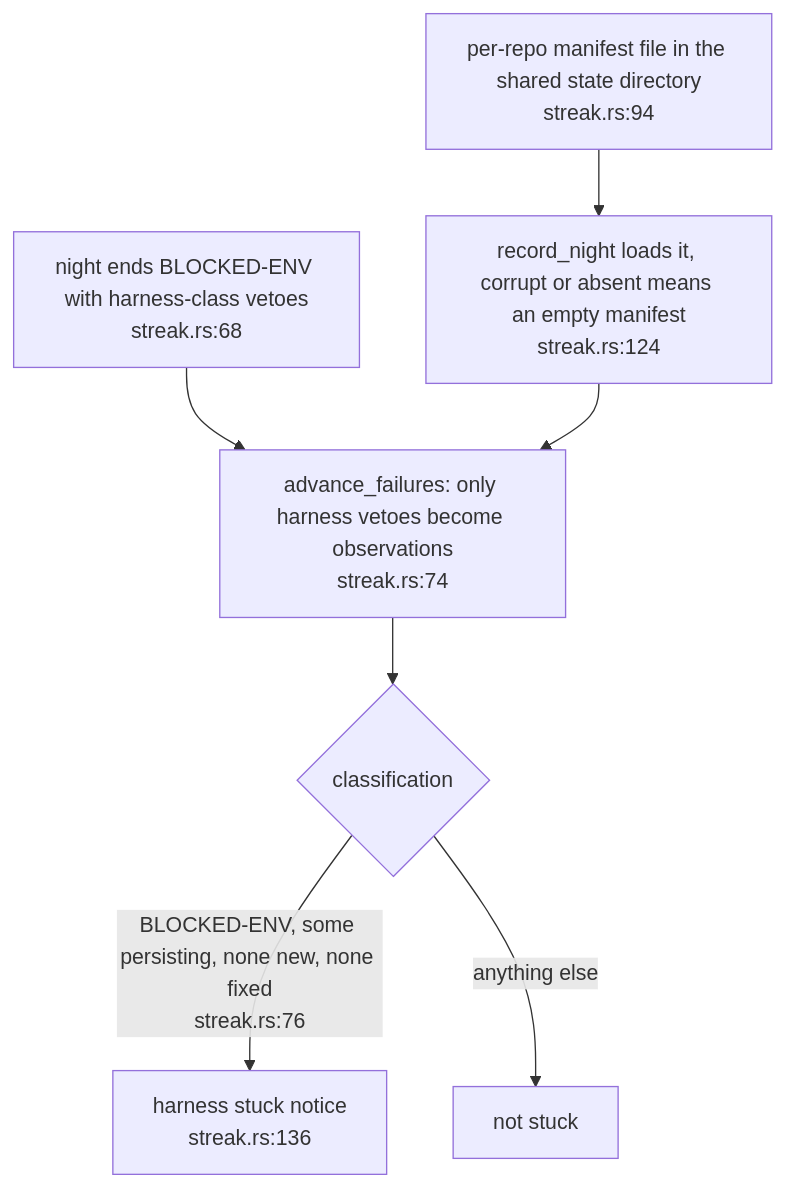
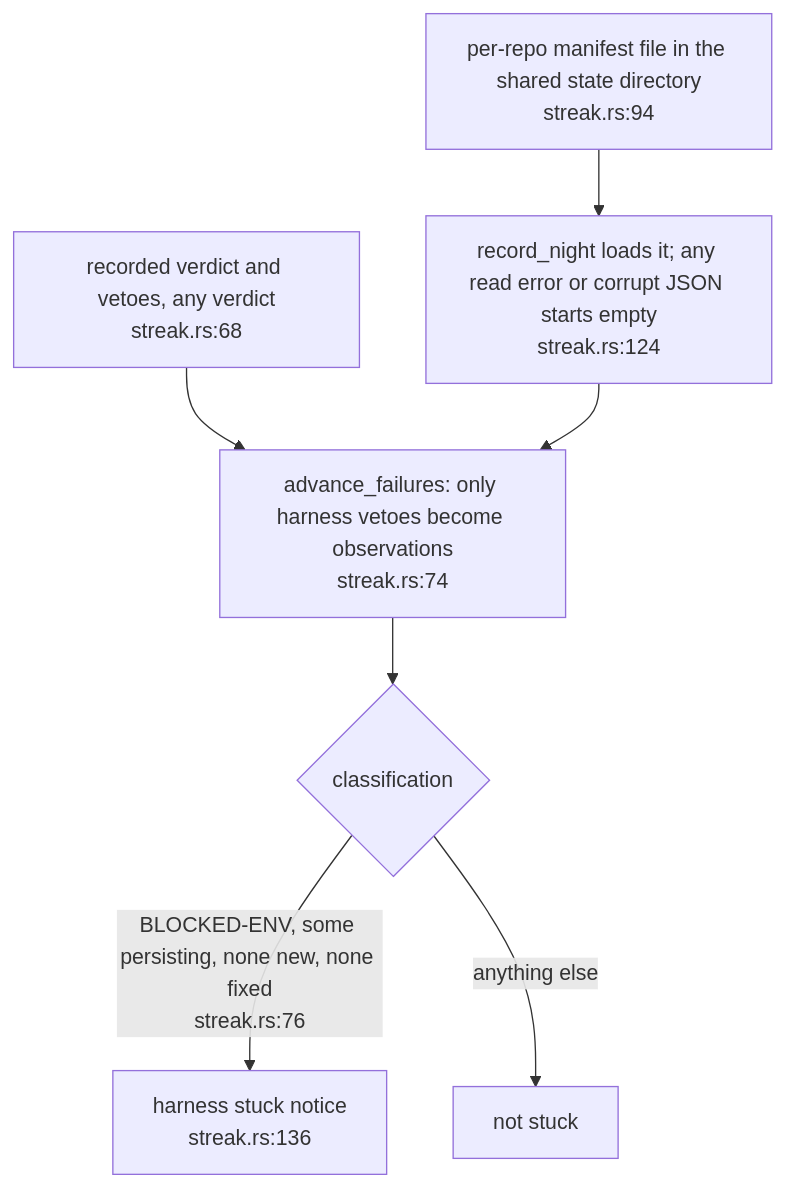
One commit to DreamLab-AI/dream-engine changed the fourth of 4 diagrams in docs/diagrams/selection/02-failure-fingerprint-lifecycle.md. Above: the diagram before and after it, drawn with Mermaid. The commit also changed other lines of this file and 11 other files, not shown here.

Commit message:
docs: reconcile all dream-engine diagrams with current source contracts

````diff
--- a/docs/diagrams/selection/02-failure-fingerprint-lifecycle.md
+++ b/docs/diagrams/selection/02-failure-fingerprint-lifecycle.md
@@ -109,9 +104,9 @@
 ```mermaid
 flowchart TB
-    N["night ends BLOCKED-ENV with harness-class vetoes<br/>streak.rs:68"] --> A["advance_failures: only harness vetoes become observations<br/>streak.rs:74"]
-    L["per-repo manifest file in the shared state directory<br/>streak.rs:94"] --> R["record_night loads it, corrupt or absent means an empty manifest<br/>streak.rs:124"]
+    N["recorded verdict and vetoes, any verdict<br/>streak.rs:68"] --> A["advance_failures: only harness vetoes become observations<br/>streak.rs:74"]
+    L["per-repo manifest file in the shared state directory<br/>streak.rs:94"] --> R["record_night loads it; any read error or corrupt JSON starts empty<br/>streak.rs:124"]
     R --> A
     A --> C{"classification"}
     C -->|"BLOCKED-ENV, some persisting, none new, none fixed<br/>streak.rs:76"| ST["harness stuck notice<br/>streak.rs:136"]
     C -->|"anything else"| NS["not stuck"]
 ```
````
